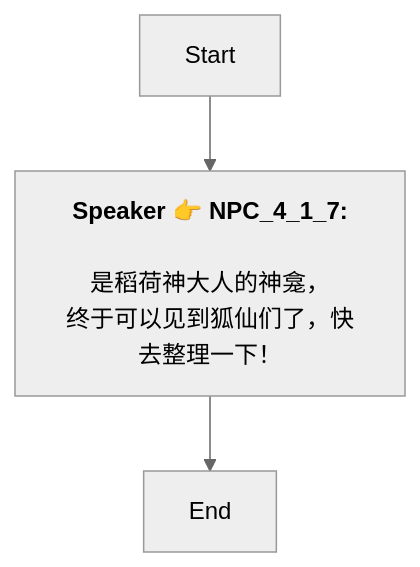
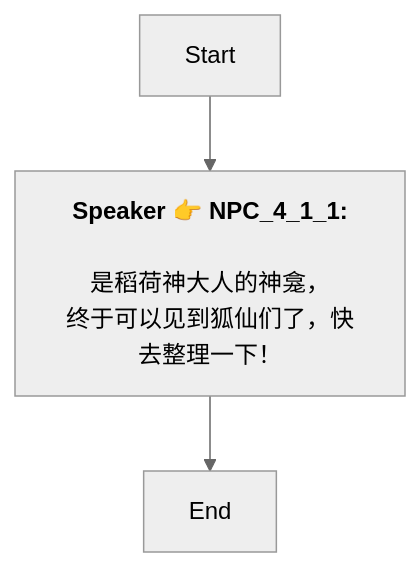
Before and after one commit to SoftHu/tos_avg: the diagram in Zh/QuestApproachDialogNode_1742098865445117.md, drawn with Mermaid (neutral theme). The commit also changed 410 other files, not shown here.

````diff
--- a/Zh/QuestApproachDialogNode_1742098865445117.md
+++ b/Zh/QuestApproachDialogNode_1742098865445117.md
@@ -1,8 +1,8 @@
 ```mermaid
 graph
-Start -->1742098905540864[<b>Speaker 👉 NPC_4_1_7:</b>
+Start -->1742098905540864[<b>Speaker 👉 NPC_4_1_1:</b>
 \n是稻荷神大人的神龛，
 终于可以见到狐仙们了，快去整理一下！]
 1742098905540864 -->1742098910049537[End]
 
 ```
````
